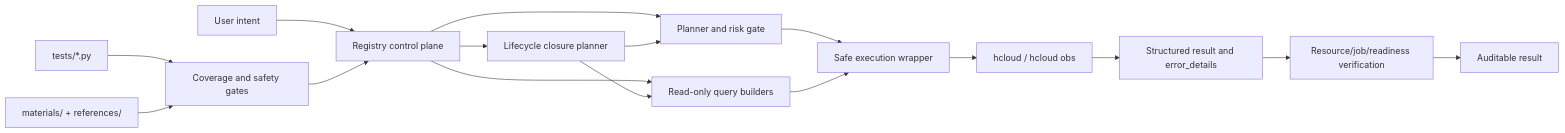
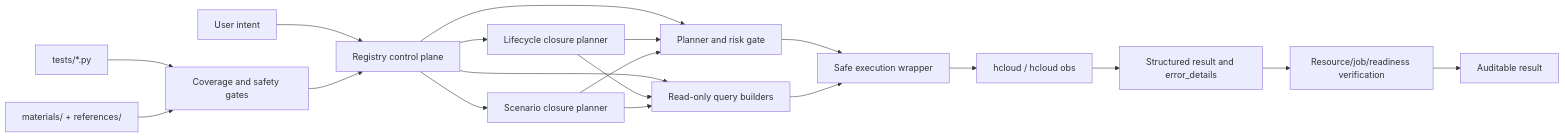
The diagram in docs/technical-overview.md (pipixia-labs/huaweicloud-skill), drawn with Mermaid before and after one commit. The commit also changed other lines of this file and 13 other files, not shown here.

````diff
--- a/docs/technical-overview.md
+++ b/docs/technical-overview.md
@@ -35,18 +35,21 @@
 ```mermaid
 flowchart LR
     Intent["User intent"] --> Registry["Registry control plane"]
     Registry --> Closure["Lifecycle closure planner"]
+    Registry --> Scenario["Scenario closure planner"]
     Registry --> Plan["Planner and risk gate"]
     Registry --> Query["Read-only query builders"]
     Closure --> Plan
     Closure --> Query
+    Scenario --> Query
+    Scenario --> Plan
     Plan --> SafeExec["Safe execution wrapper"]
     Query --> SafeExec
     SafeExec --> HCloud["hcloud / hcloud obs"]
     HCloud --> Diagnosis["Structured result and error_details"]
     Diagnosis --> Verify["Resource/job/readiness verification"]
     Verify --> Result["Auditable result"]
     Tests["tests/*.py"] --> Gates["Coverage and safety gates"]
     Materials["materials/ + references/"] --> Gates
     Gates --> Registry
 ```
````
